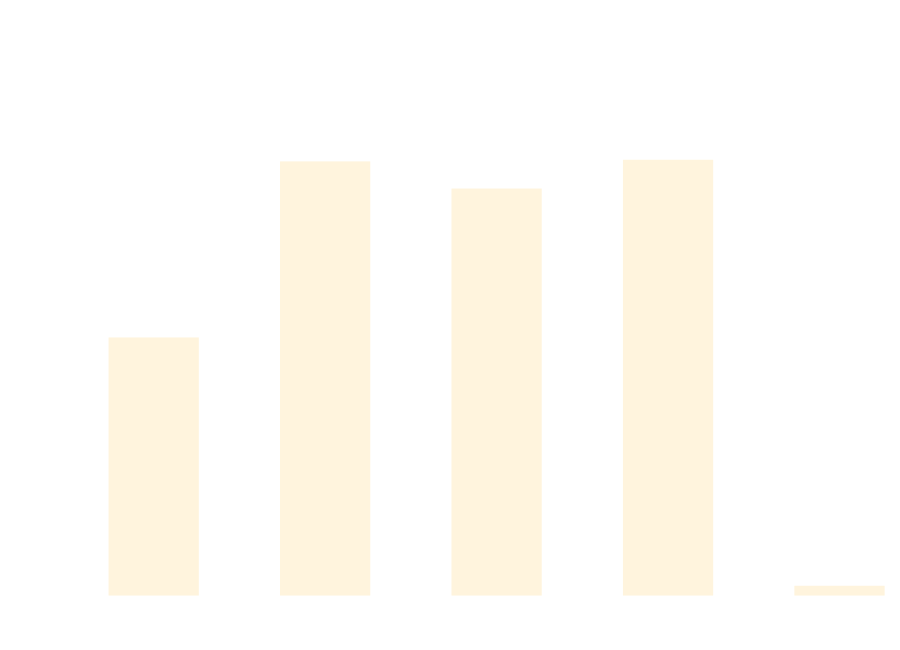
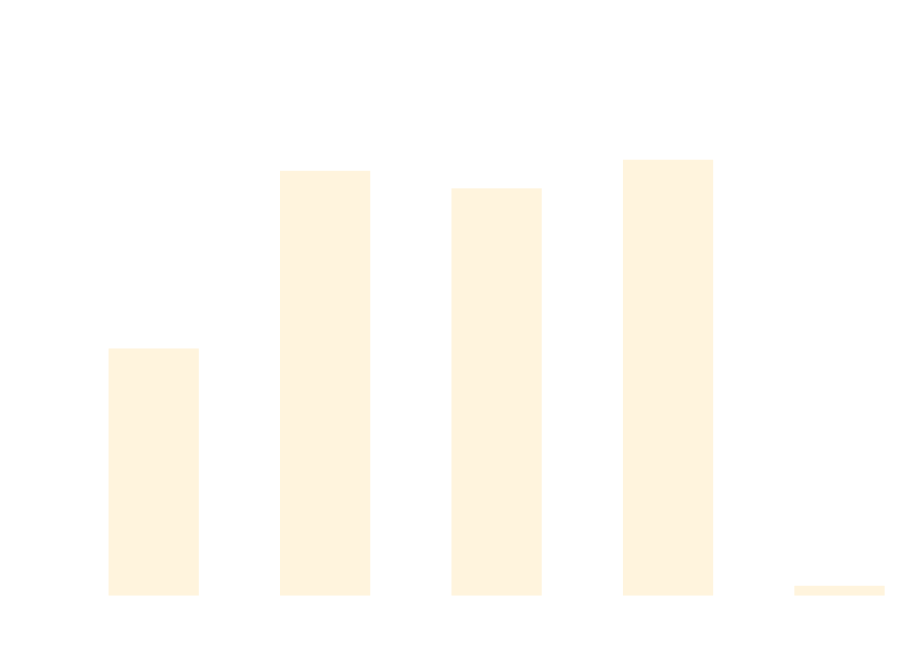
The diagram in docs/docs/benchmarks/SetupTeardownTests.md (thomhurst/TUnit), drawn with Mermaid before and after one commit. The commit also changed other lines of this file and 16 other files, not shown here.

````diff
--- a/docs/docs/benchmarks/SetupTeardownTests.md
+++ b/docs/docs/benchmarks/SetupTeardownTests.md
@@ -27,37 +27,37 @@
 ```mermaid
 %%{init: {
   'theme':'base',
   'themeVariables': {
     'primaryColor': '#2563eb',
     'primaryTextColor': '#ffffff',
     'primaryBorderColor': '#1e40af',
     'lineColor': '#6b7280',
     'secondaryColor': '#7c3aed',
     'tertiaryColor': '#dc2626',
     'background': '#ffffff',
     'mainBkg': '#2563eb',
     'secondBkg': '#7c3aed',
     'tertiaryBkg': '#dc2626',
     'clusterBkg': '#f3f4f6',
     'edgeLabelBackground': '#ffffff',
     'tertiaryTextColor': '#1f2937',
     'pie1': '#2563eb',
     'pie2': '#7c3aed',
     'pie3': '#dc2626',
     'pie4': '#f59e0b',
     'pie5': '#10b981',
     'pie6': '#06b6d4',
     'pie7': '#ec4899',
     'pie8': '#6366f1',
     'pie9': '#84cc16',
     'pie10': '#f97316',
     'pie11': '#14b8a6',
     'pie12': '#a855f7'
   }
 }}%%
 xychart-beta
   title "SetupTeardownTests Performance Comparison"
   x-axis ["TUnit", "NUnit", "MSTest", "xUnit3", "TUnit_AOT"]
-  y-axis "Time (ms)" 0 --> 1505
-  bar [730.9, 1249.2, 1169.3, 1254, 0]
+  y-axis "Time (ms)" 0 --> 1501
+  bar [696.6, 1218.3, 1166.7, 1250.8, 0]
 ```
````
